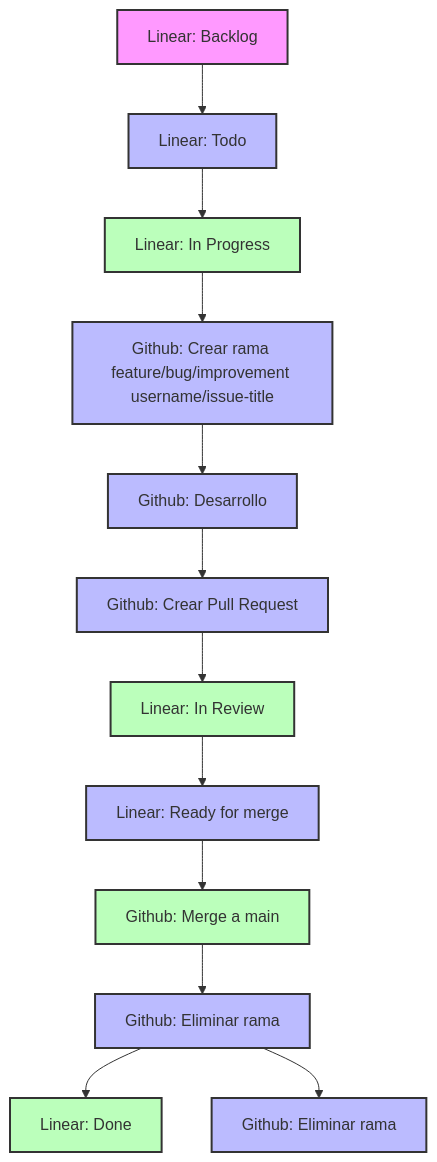
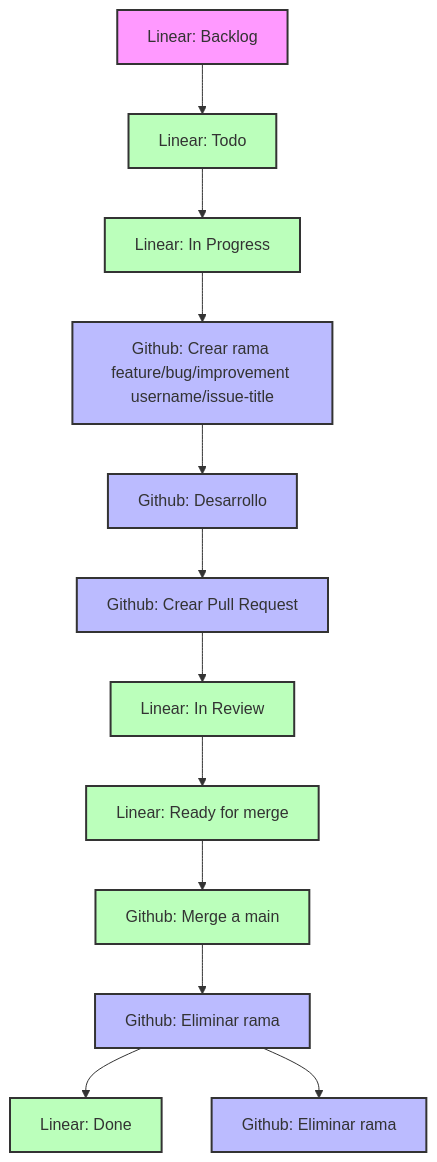
Before and after one commit to Hatt3rPi/fabrica_deCuentos: the diagram in README.md, drawn with Mermaid. The commit also changed 1 other file, not shown here.

Commit message:
coloresdix

````diff
--- a/README.md
+++ b/README.md
@@ -152,27 +152,27 @@
 ```mermaid
 graph TD
     A[Linear: Backlog] --> B[Linear: Todo]
     B --> C[Linear: In Progress]
     C --> D[Github: Crear rama feature/bug/improvement username/issue-title]
     D --> E[Github: Desarrollo]
     E --> F[Github: Crear Pull Request]
     F --> G[Linear: In Review]
     G --> H[Linear: Ready for merge]
     H --> I[Github: Merge a main]
     I --> J[Github: Eliminar rama]
     J --> K[Linear: Done]
     J --> L[Github: Eliminar rama]
     
     style A fill:#f9f,stroke:#333,stroke-width:2px
-    style B fill:#bbf,stroke:#333,stroke-width:2px
+    style B fill:#bfb,stroke:#333,stroke-width:2px
     style C fill:#bfb,stroke:#333,stroke-width:2px
     style D fill:#bbf,stroke:#333,stroke-width:2px
     style E fill:#bbf,stroke:#333,stroke-width:2px
     style F fill:#bbf,stroke:#333,stroke-width:2px
     style G fill:#bfb,stroke:#333,stroke-width:2px
-    style H fill:#bbf,stroke:#333,stroke-width:2px
+    style H fill:#bfb,stroke:#333,stroke-width:2px
     style I fill:#bfb,stroke:#333,stroke-width:2px
     style J fill:#bbf,stroke:#333,stroke-width:2px
     style K fill:#bfb,stroke:#333,stroke-width:2px
     style L fill:#bbf,stroke:#333,stroke-width:2px
 ```
````
